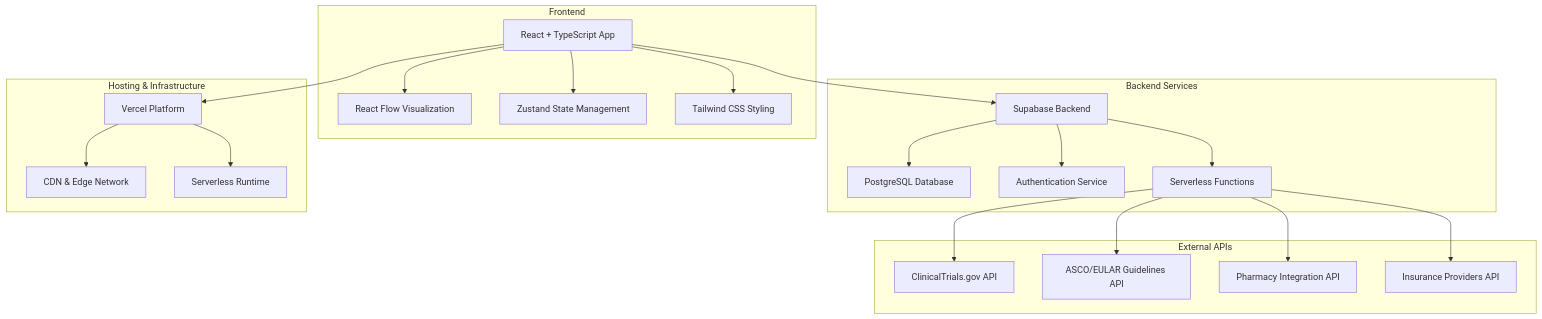
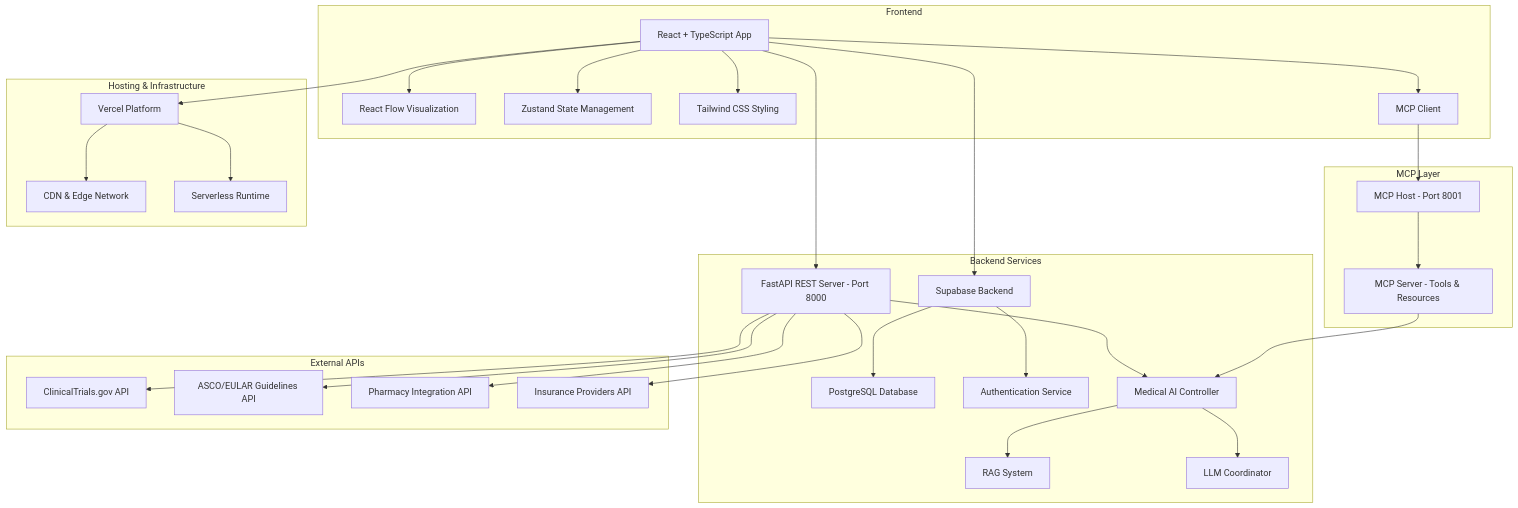
The first of 16 diagrams in ARCHITECTURE.md (genewang/Ayuma), drawn with Mermaid before and after one commit. The commit also changed other lines of this file and 9 other files, not shown here.

First line of the commit message:
Implement MCP client-host-server architecture for medical AI system

````diff
--- a/ARCHITECTURE.md
+++ b/ARCHITECTURE.md
@@ -21,47 +22,61 @@
 ```mermaid
 graph TB
     subgraph Frontend
         A[React + TypeScript App]
         B[React Flow Visualization]
         C[Zustand State Management]
         D[Tailwind CSS Styling]
+        AC[MCP Client]
+    end
+
+    subgraph MCP Layer
+        AH[MCP Host - Port 8001]
+        AS[MCP Server - Tools & Resources]
     end
 
     subgraph Backend Services
         E[Supabase Backend]
         F[PostgreSQL Database]
         G[Authentication Service]
-        H[Serverless Functions]
+        H[FastAPI REST Server - Port 8000]
+        MC[Medical AI Controller]
+        MR[RAG System]
+        LC[LLM Coordinator]
     end
 
     subgraph External APIs
         I[ClinicalTrials.gov API]
         J[ASCO/EULAR Guidelines API]
         K[Pharmacy Integration API]
         L[Insurance Providers API]
     end
 
     subgraph Hosting & Infrastructure
         M[Vercel Platform]
         N[CDN & Edge Network]
         O[Serverless Runtime]
     end
-    
-    class A,B,C,D,E,F,G,H,I,J,K,L,M,N,O lightFill
 
     A --> B
     A --> C
     A --> D
+    A --> AC
+    AC --> AH
+    AH --> AS
+    AS --> MC
+    MC --> MR
+    MC --> LC
+    A --> H
+    H --> MC
     A --> E
     E --> F
     E --> G
-    E --> H
     H --> I
     H --> J
     H --> K
     H --> L
     M --> N
     M --> O
     A --> M
 
 ```
````
